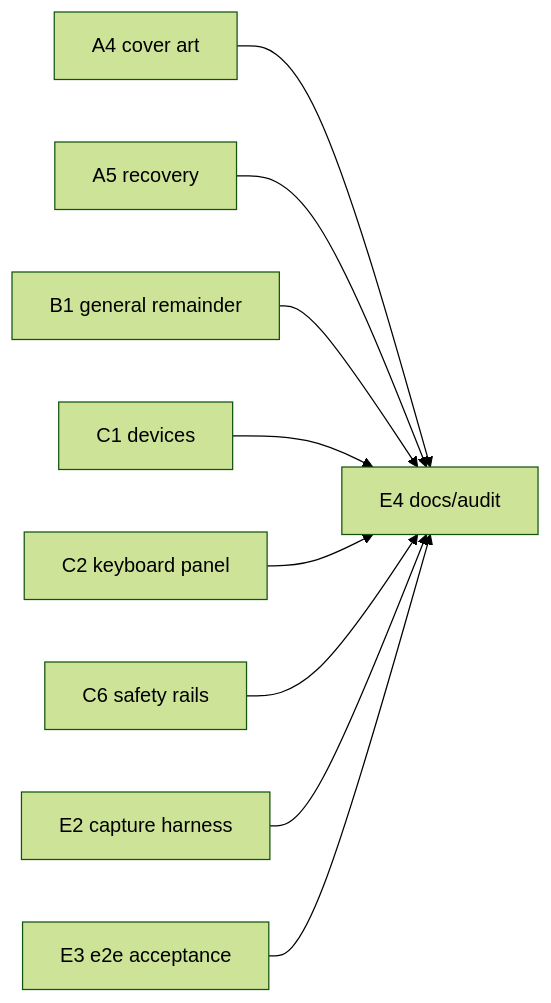
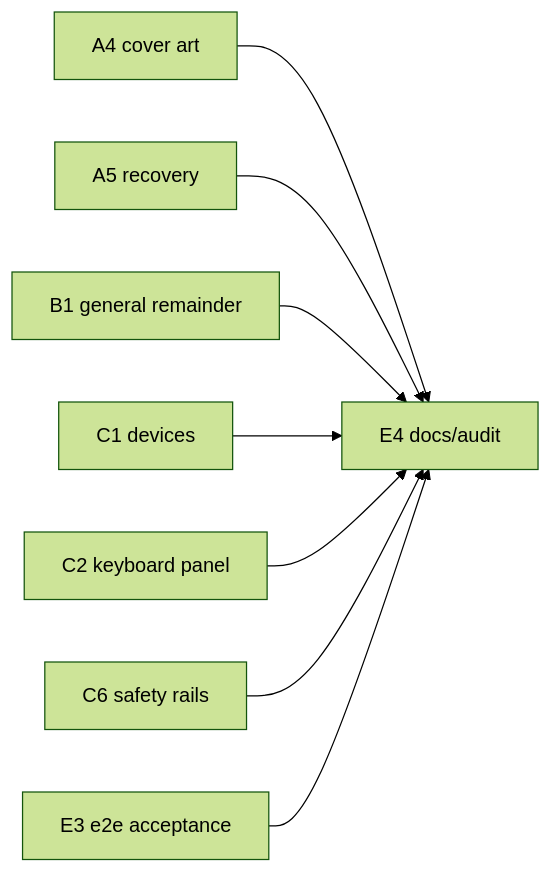
One commit to gabrielofavero/rb-blitz-xenon-recomp changed the diagram in docs/plans/launcher-plan.md. Above: the diagram before and after it, drawn with Mermaid (forest theme). The commit also changed other lines of this file and 4 other files, not shown here.

````diff
--- a/docs/plans/launcher-plan.md
+++ b/docs/plans/launcher-plan.md
@@ -1071,17 +1042,16 @@
 ```mermaid
 graph LR
   A4[A4 cover art]
   A5[A5 recovery]
   B1[B1 general remainder]
   C1[C1 devices]
   C2[C2 keyboard panel]
   C6[C6 safety rails]
   A4 --> E4[E4 docs/audit]
   A5 --> E4
   B1 --> E4
   C1 --> E4
   C2 --> E4
   C6 --> E4
-  E2[E2 capture harness] --> E4
   E3[E3 e2e acceptance] --> E4
 ```
````
